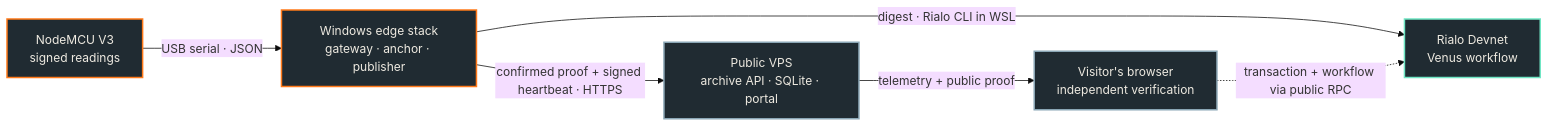
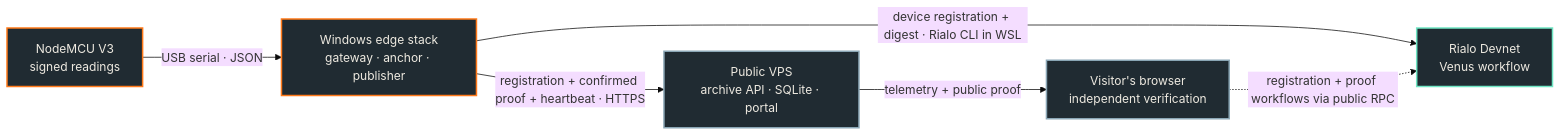
Before and after one commit to robotek8/rialo-edge-log: the diagram in docs/architecture.mmd, drawn with Mermaid (base theme). The commit also changed 19 other files, not shown here.

Commit message:
feat: register device identity on Rialo

```diff
--- a/docs/architecture.mmd
+++ b/docs/architecture.mmd
@@ -1,19 +1,19 @@
 flowchart LR
     ESP["NodeMCU V3<br/>signed readings"]
     GW["Windows edge stack<br/>gateway · anchor · publisher"]
     RIALO["Rialo Devnet<br/>Venus workflow"]
     VPS["Public VPS<br/>archive API · SQLite · portal"]
     USER["Visitor's browser<br/>independent verification"]
 
     ESP -- "USB serial · JSON" --> GW
-    GW -- "digest · Rialo CLI in WSL" --> RIALO
-    GW -- "confirmed proof + signed heartbeat · HTTPS" --> VPS
+    GW -- "device registration + digest · Rialo CLI in WSL" --> RIALO
+    GW -- "registration + confirmed proof + heartbeat · HTTPS" --> VPS
     VPS -- "telemetry + public proof" --> USER
-    USER -. "transaction + workflow via public RPC" .-> RIALO
+    USER -. "registration + proof workflows via public RPC" .-> RIALO
 
     classDef edge fill:#202b32,stroke:#ff7919,color:#eeeae1,stroke-width:2px
     classDef chain fill:#202b32,stroke:#70e6c4,color:#eeeae1,stroke-width:2px
     classDef public fill:#202b32,stroke:#8aa6b5,color:#eeeae1,stroke-width:2px
     class ESP,GW edge
     class RIALO chain
     class VPS,USER public
```
